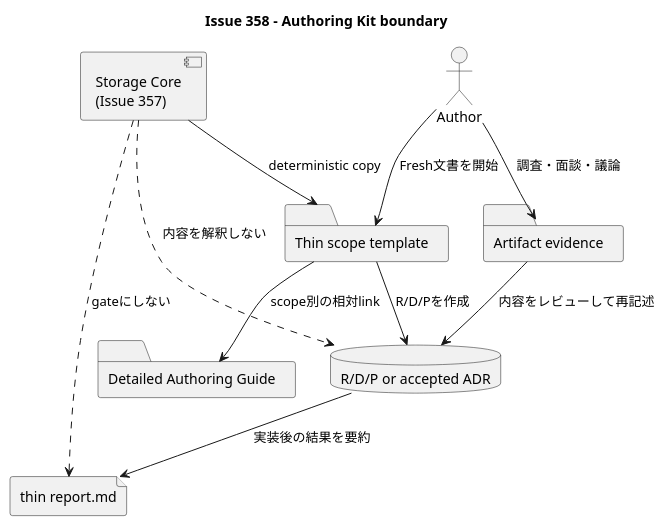
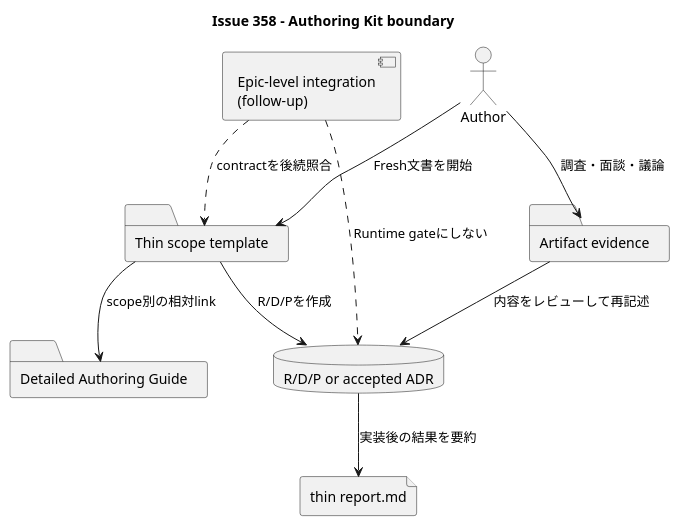
One commit to chemitaro/spec-dock changed the diagram in spec-dock/initiatives/init-local-00003-architecture-maintenance-and-hardening/epics/epic-00356-specdock-core-simplification-and-external-intelligence-boundary/issues/iss-00358-simplify-authoring-kit-and-document-contracts/design.md. Above: the diagram before and after it, drawn with PlantUML. The commit also changed other lines of this file and 5 other files, not shown here.

````diff
--- a/spec-dock/initiatives/init-local-00003-architecture-maintenance-and-hardening/epics/epic-00356-specdock-core-simplification-and-external-intelligence-boundary/issues/iss-00358-simplify-authoring-kit-and-document-contracts/design.md
+++ b/spec-dock/initiatives/init-local-00003-architecture-maintenance-and-hardening/epics/epic-00356-specdock-core-simplification-and-external-intelligence-boundary/issues/iss-00358-simplify-authoring-kit-and-document-contracts/design.md
@@ -46,24 +46,23 @@
 ```plantuml
 @startuml
 title Issue 358 - Authoring Kit boundary
 skinparam shadowing false
 
 actor Author
 folder "Thin scope template" as Template
 folder "Detailed Authoring Guide" as Guide
 database "R/D/P or accepted ADR" as Canonical
 folder "Artifact evidence" as Evidence
 file "thin report.md" as Report
-component "Storage Core\n(Issue 357)" as Core
+component "Epic-level integration\n(follow-up)" as Integration
 
 Author --> Template : Fresh文書を開始
 Template --> Guide : scope別の相対link
 Author --> Evidence : 調査・面談・議論
 Evidence --> Canonical : 内容をレビューして再記述
 Template --> Canonical : R/D/Pを作成
 Canonical --> Report : 実装後の結果を要約
-Core --> Template : deterministic copy
-Core ..> Canonical : 内容を解釈しない
-Core ..> Report : gateにしない
+Integration ..> Template : contractを後続照合
+Integration ..> Canonical : Runtime gateにしない
 @enduml
 ```
````
